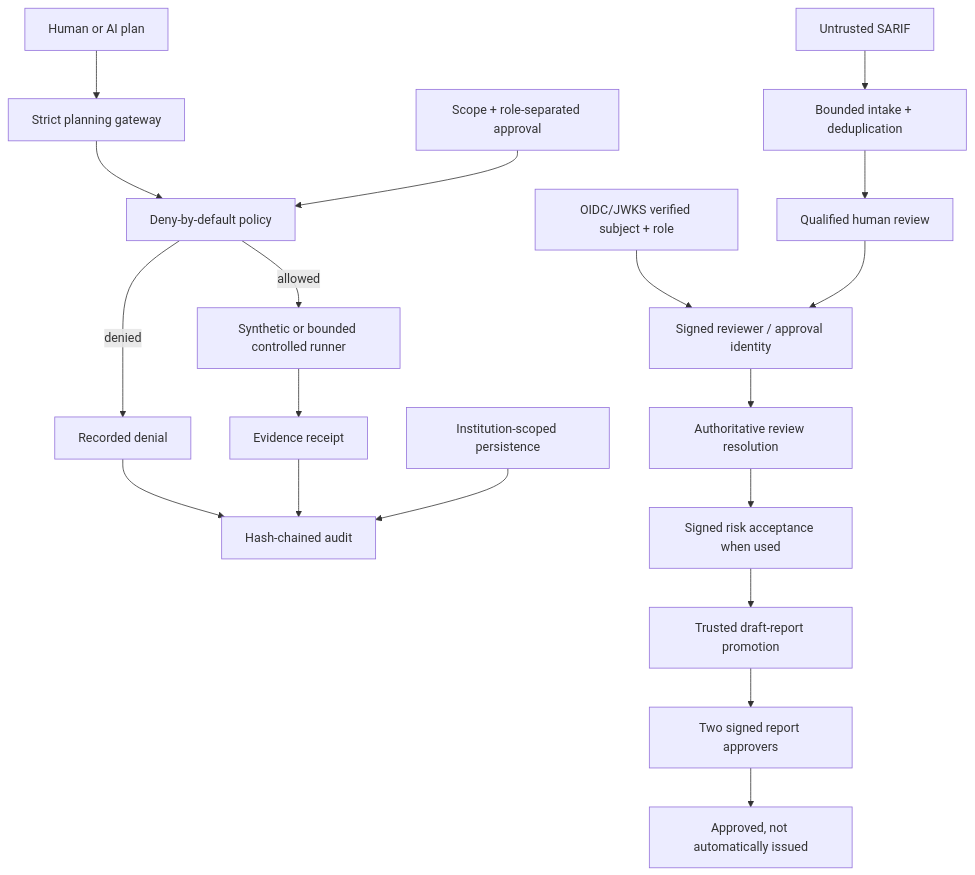
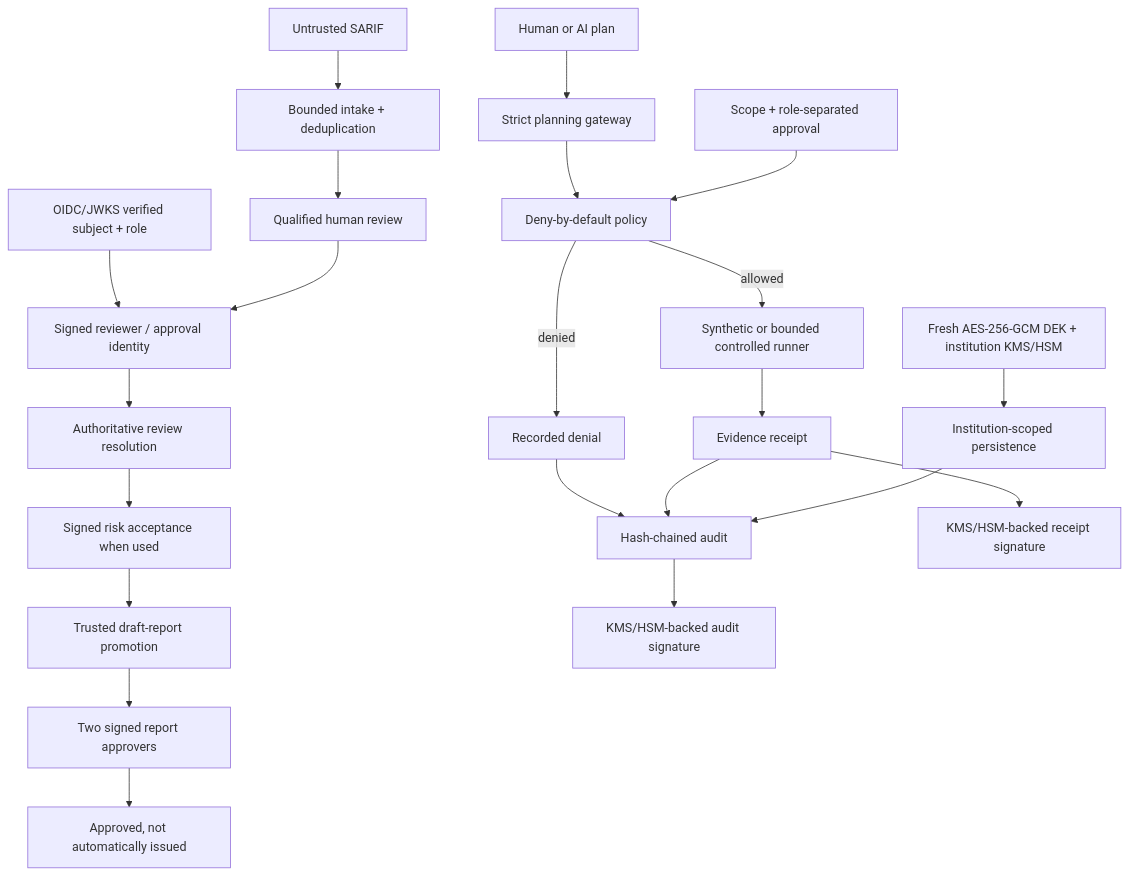
One commit to bilgekayali/finredops changed the diagram in README.md. Above: the diagram before and after it, drawn with Mermaid. The commit also changed other lines of this file and 1 other file, not shown here.

Commit message:
docs: surface v0.8.1 KMS hardening without dropping assurance coverage

````diff
--- a/README.md
+++ b/README.md
@@ -47,21 +48,24 @@
 ```mermaid
 flowchart TD
     A["Human or AI plan"] --> B["Strict planning gateway"]
     B --> C["Deny-by-default policy"]
     D["Scope + role-separated approval"] --> C
     C -->|allowed| E["Synthetic or bounded controlled runner"]
     C -->|denied| F["Recorded denial"]
     E --> G["Evidence receipt"]
     F --> H["Hash-chained audit"]
     G --> H
     I["Untrusted SARIF"] --> J["Bounded intake + deduplication"]
     J --> K["Qualified human review"]
     O["OIDC/JWKS verified subject + role"] --> L["Signed reviewer / approval identity"]
     K --> L
     L --> N["Authoritative review resolution"]
     N --> R["Signed risk acceptance when used"]
     R --> M["Trusted draft-report promotion"]
     M --> P["Two signed report approvers"]
     P --> Q["Approved, not automatically issued"]
     S["Institution-scoped persistence"] --> H
+    T["Fresh AES-256-GCM DEK + institution KMS/HSM"] --> S
+    H --> U["KMS/HSM-backed audit signature"]
+    G --> V["KMS/HSM-backed receipt signature"]
 ```
````
